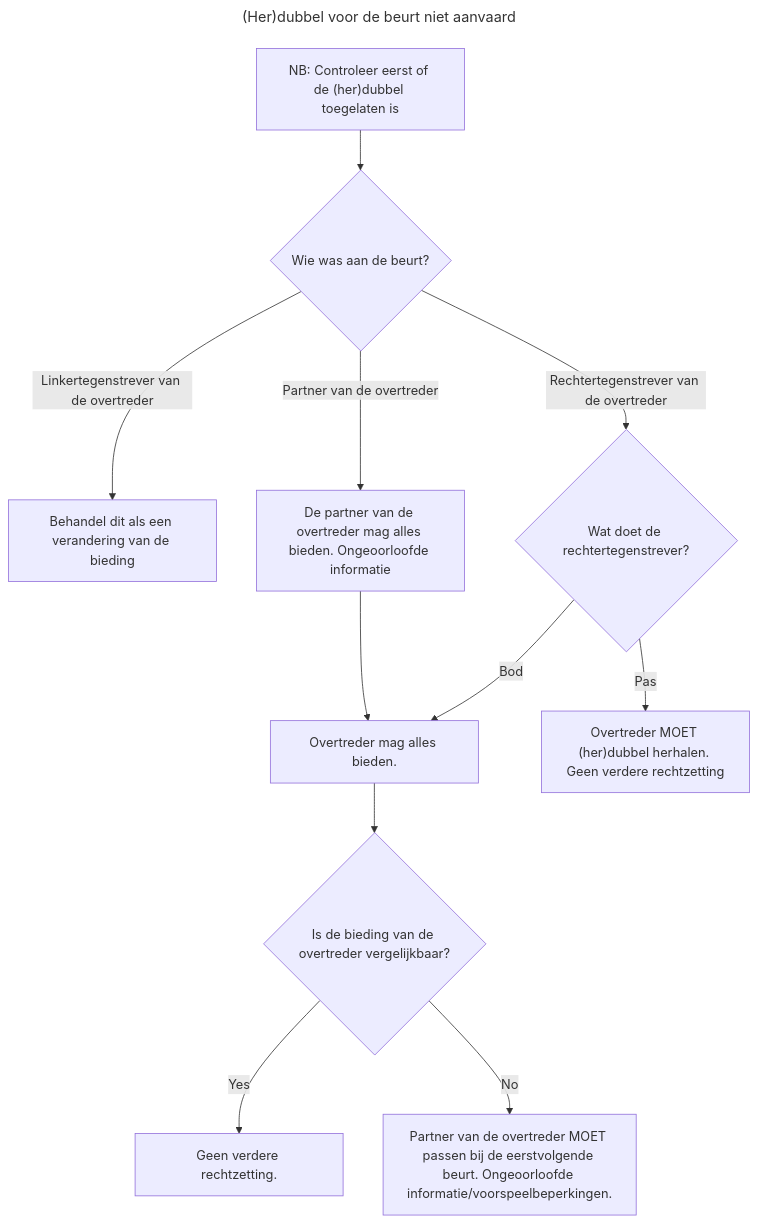
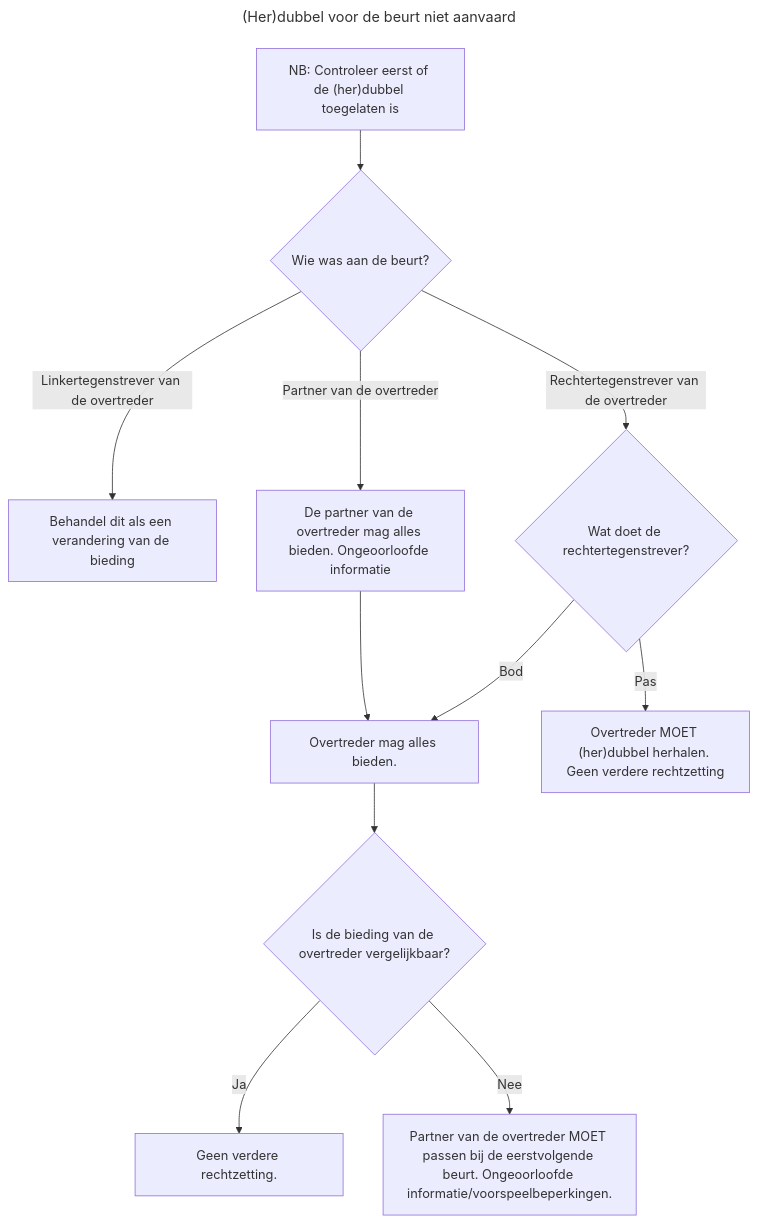
The diagram in (her)dubbel-voor-de-beurt-niet-geaccepteerd.md (tcorneli/CTL-instructies), drawn with Mermaid before and after one commit.

Commit message:
Update flowchart responses from Dutch to English

````diff
--- a/(her)dubbel-voor-de-beurt-niet-geaccepteerd.md
+++ b/(her)dubbel-voor-de-beurt-niet-geaccepteerd.md
@@ -1,17 +1,17 @@
 ```mermaid
 ---
 title: (Her)dubbel voor de beurt niet aanvaard
 ---
 graph TD
     Z["NB: Controleer eerst of de (her)dubbel toegelaten is"] --> A
     A{Wie was aan de beurt?}
     A -->|Linkertegenstrever van de overtreder| B[Behandel dit als een verandering van de bieding]
     A -->|Partner van de overtreder| C[De partner van de overtreder mag alles bieden. Ongeoorloofde informatie]
     C --> D[Overtreder mag alles bieden.]
     A -->|Rechtertegenstrever van de overtreder| E{Wat doet de rechtertegenstrever?}
     E -->|Bod| D
     E -->|Pas| F["Overtreder MOET (her)dubbel herhalen. Geen verdere rechtzetting"]
     D --> G{Is de bieding van de overtreder vergelijkbaar?}
-    G -->|Yes| H[Geen verdere rechtzetting.]
-    G -->|No| I[Partner van de overtreder MOET passen bij de eerstvolgende beurt. Ongeoorloofde informatie/voorspeelbeperkingen.]
+    G -->|Ja| H[Geen verdere rechtzetting.]
+    G -->|Nee| I[Partner van de overtreder MOET passen bij de eerstvolgende beurt. Ongeoorloofde informatie/voorspeelbeperkingen.]
 ```
````
